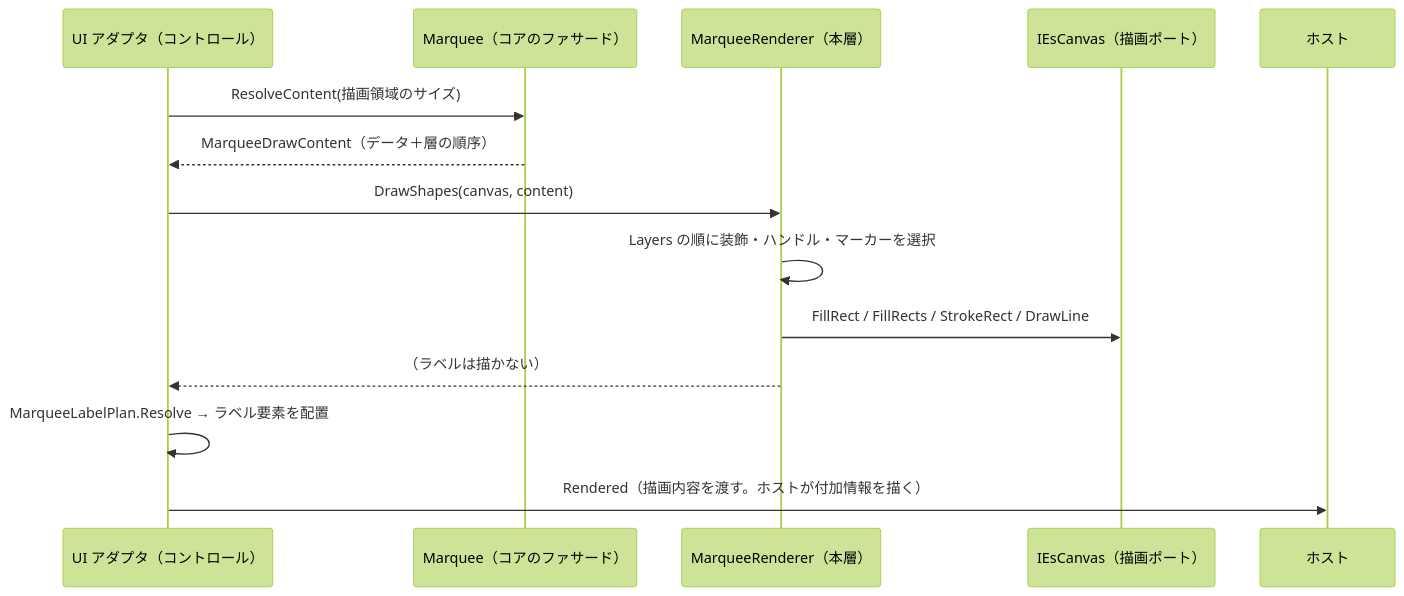
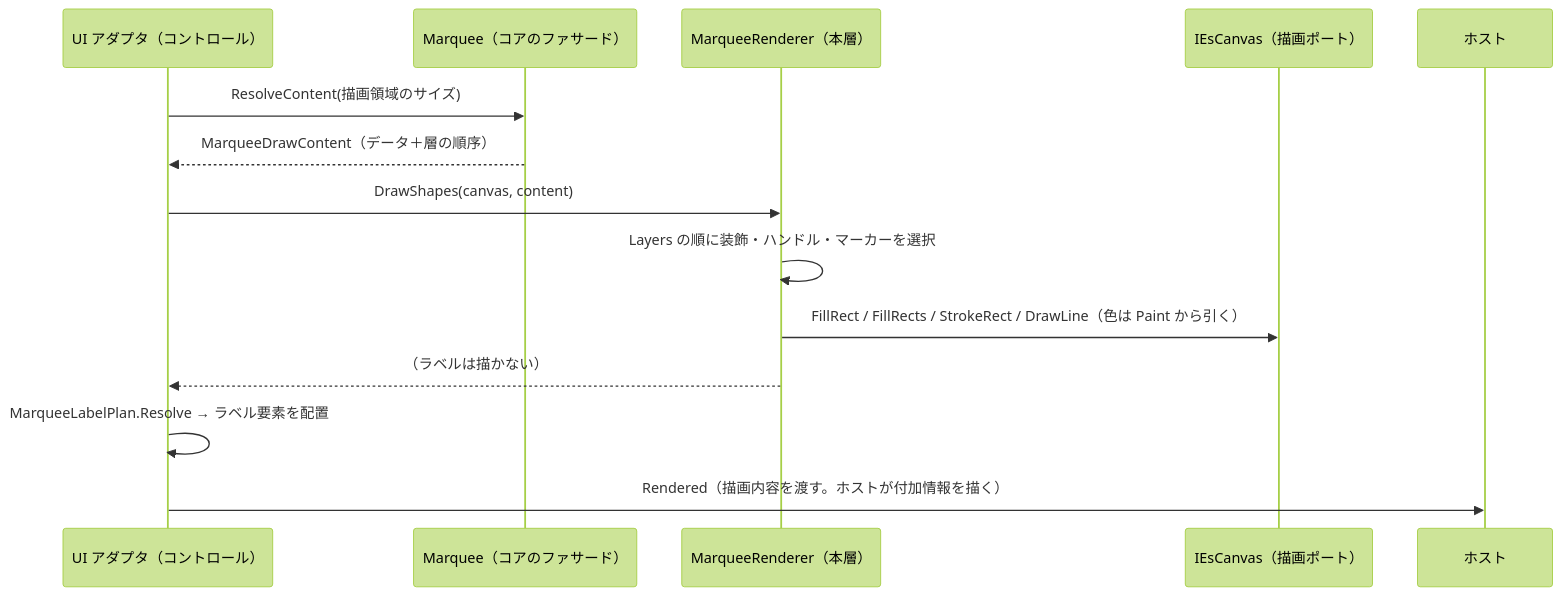
Before and after one commit to tomokuni/SaveEvidence: the first of 4 diagrams in src/MarqueeControl.UIBase/SPEC_System.md, drawn with Mermaid (forest theme). The commit also changed other lines of this file and 95 other files, not shown here.

````diff
--- a/src/MarqueeControl.UIBase/SPEC_System.md
+++ b/src/MarqueeControl.UIBase/SPEC_System.md
@@ -53,17 +53,17 @@
 ```mermaid
 sequenceDiagram
     participant UI as UI アダプタ（コントロール）
     participant M as Marquee（コアのファサード）
     participant R as MarqueeRenderer（本層）
     participant C as IEsCanvas（描画ポート）
     participant H as ホスト
 
     UI->>M: ResolveContent(描画領域のサイズ)
     M-->>UI: MarqueeDrawContent（データ＋層の順序）
     UI->>R: DrawShapes(canvas, content)
     R->>R: Layers の順に装飾・ハンドル・マーカーを選択
-    R->>C: FillRect / FillRects / StrokeRect / DrawLine
+    R->>C: FillRect / FillRects / StrokeRect / DrawLine（色は Paint から引く）
     R-->>UI: （ラベルは描かない）
     UI->>UI: MarqueeLabelPlan.Resolve → ラベル要素を配置
     UI->>H: Rendered（描画内容を渡す。ホストが付加情報を描く）
 ```
````
